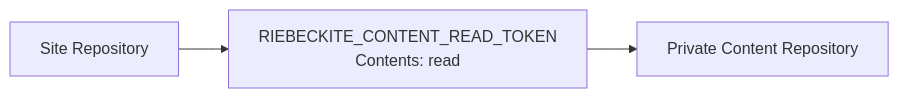
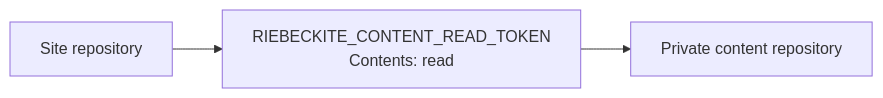
Before and after one commit to Rerurate514/riebeckite: the sixth of 13 diagrams in docs/docs/guides/deployment/separate-content-repository.md, drawn with Mermaid. The commit also changed other lines of this file and 604 other files, not shown here.

````diff
--- a/docs/docs/guides/deployment/separate-content-repository.md
+++ b/docs/docs/guides/deployment/separate-content-repository.md
@@ -650,9 +310,9 @@
-```mermaid id="tmf07q"
+```mermaid
 flowchart LR
-    Site["Site Repository"]
+    Site["Site repository"]
     ReadToken["RIEBECKITE_CONTENT_READ_TOKEN<br/>Contents: read"]
-    Content["Private Content Repository"]
+    Content["Private content repository"]
 
     Site --> ReadToken
     ReadToken --> Content
 ```
````
